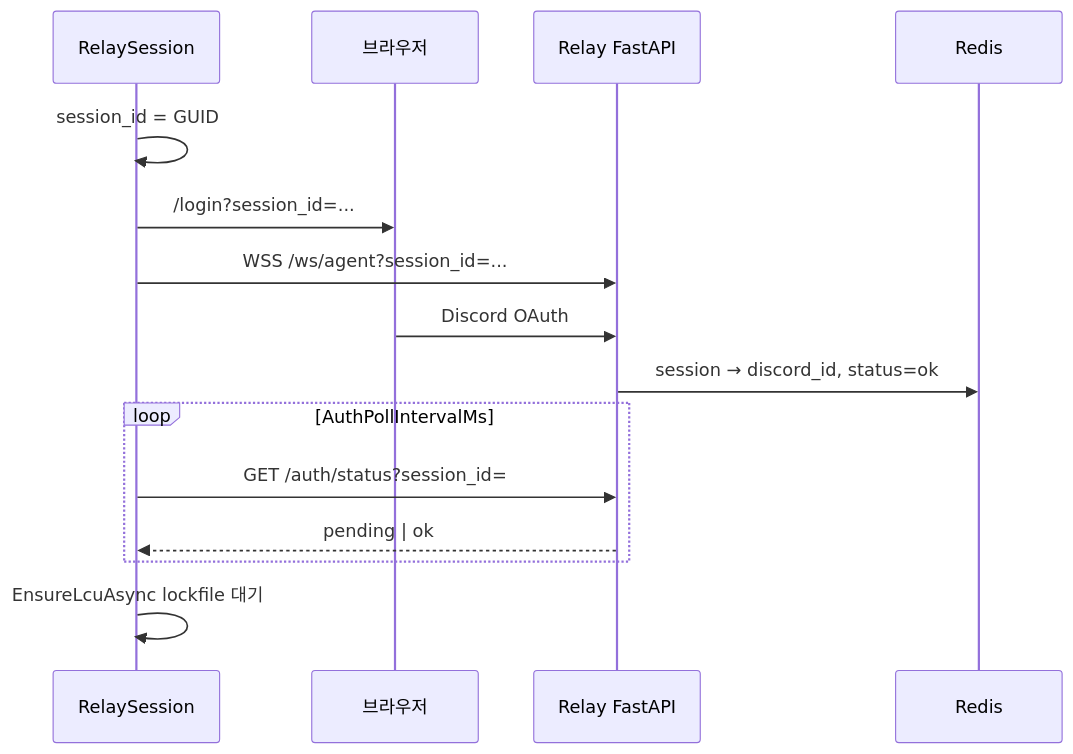
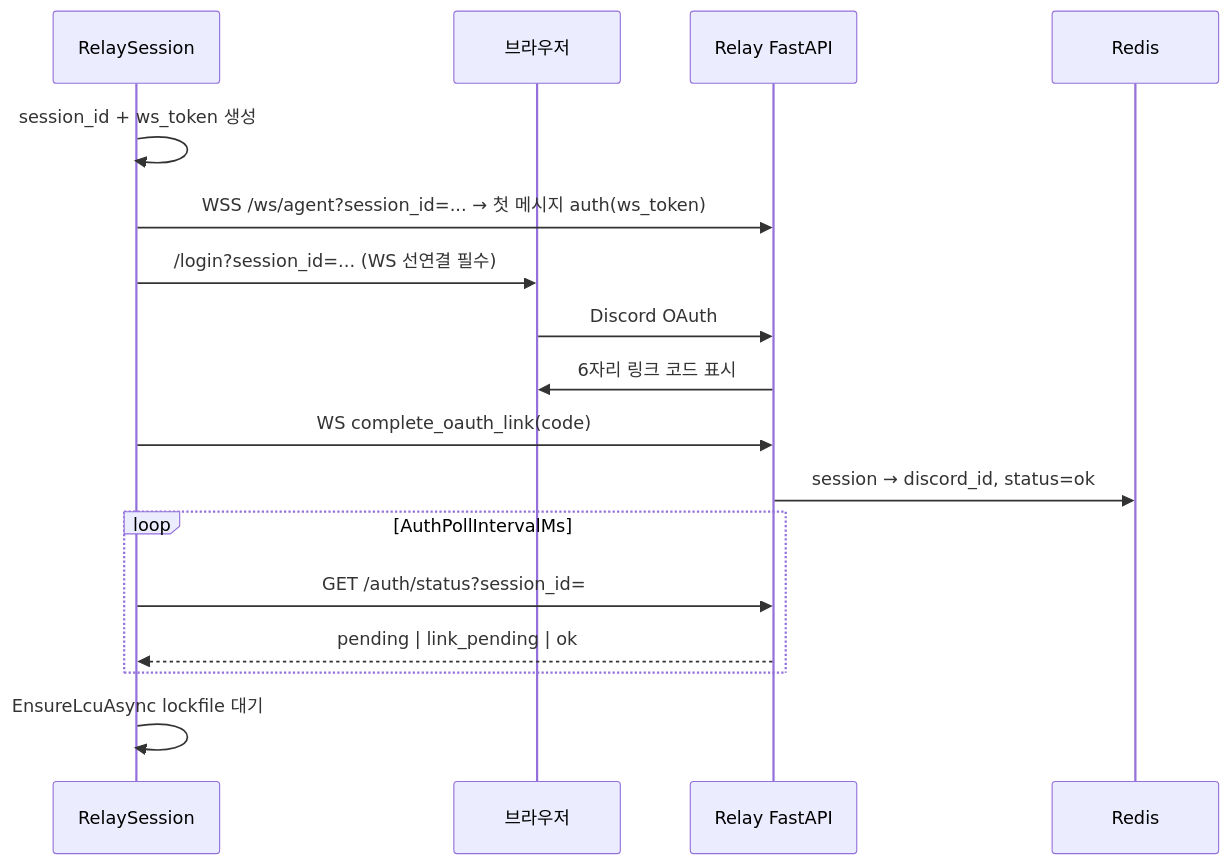
One commit to Waitence7/YummiLCU changed the second of 3 diagrams in docs/AGENT_MECHANISM.md. Above: the diagram before and after it, drawn with Mermaid. The commit also changed other lines of this file and 21 other files, not shown here.

First line of the commit message:
feat: 에이전트 편의 기능 추가 및 Relay WebSocket OAuth 보안 강화

````diff
--- a/docs/AGENT_MECHANISM.md
+++ b/docs/AGENT_MECHANISM.md
@@ -136,18 +136,20 @@
 ```mermaid
 sequenceDiagram
   participant Agent as RelaySession
   participant Browser as 브라우저
   participant Relay as Relay FastAPI
   participant Redis as Redis
 
-  Agent->>Agent: session_id = GUID
-  Agent->>Browser: /login?session_id=...
-  Agent->>Relay: WSS /ws/agent?session_id=...
+  Agent->>Agent: session_id + ws_token 생성
+  Agent->>Relay: WSS /ws/agent?session_id=... → 첫 메시지 auth(ws_token)
+  Agent->>Browser: /login?session_id=... (WS 선연결 필수)
   Browser->>Relay: Discord OAuth
+  Relay->>Browser: 6자리 링크 코드 표시
+  Agent->>Relay: WS complete_oauth_link(code)
   Relay->>Redis: session → discord_id, status=ok
   loop AuthPollIntervalMs
     Agent->>Relay: GET /auth/status?session_id=
-    Relay-->>Agent: pending | ok
+    Relay-->>Agent: pending | link_pending | ok
   end
   Agent->>Agent: EnsureLcuAsync lockfile 대기
 ```
````
